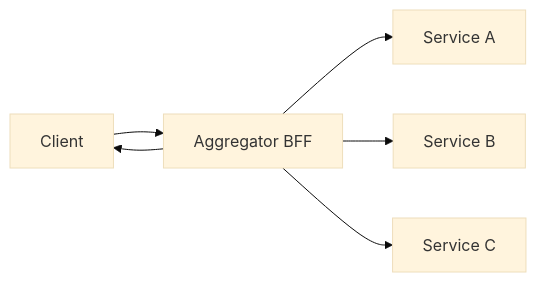
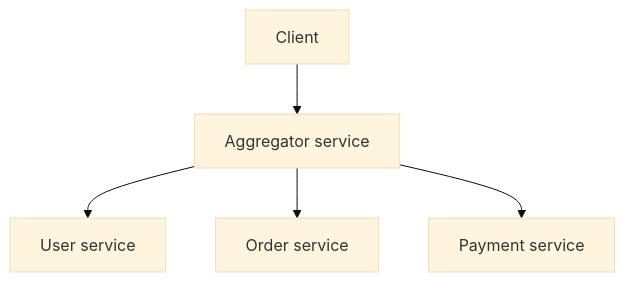
One commit to hareramcse/SystemDesign changed diagram 14 of 33 in 07-api-design/README.md. Above: the diagram before and after it, drawn with Mermaid (base theme). The commit also changed other lines of this file, not shown here.

````diff
--- a/07-api-design/README.md
+++ b/07-api-design/README.md
@@ -673,8 +1229,7 @@
 ```mermaid
-flowchart LR
-    Client --> Agg[Aggregator BFF]
-    Agg --> S1[Service A]
-    Agg --> S2[Service B]
-    Agg --> S3[Service C]
-    Agg --> Client
+flowchart TB
+    C[Client] --> A[Aggregator service]
+    A --> US[User service]
+    A --> OS[Order service]
+    A --> PS[Payment service]
 ```
````
